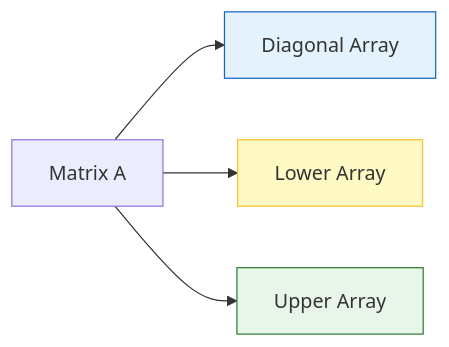
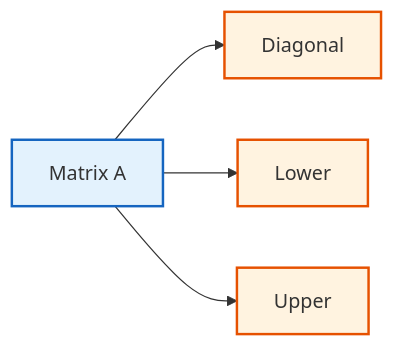
The diagram in MODULE_05_OPENFOAM_PROGRAMMING/CONTENT/06_MATRICES_LINEARALGEBRA/02_Dense_vs_Sparse_Matrices.md (wramet/build-my-cfd), drawn with Mermaid before and after one commit. The commit also changed 313 other files, not shown here.

Commit message:
Revise all diagram

````diff
--- a/MODULE_05_OPENFOAM_PROGRAMMING/CONTENT/06_MATRICES_LINEARALGEBRA/02_Dense_vs_Sparse_Matrices.md
+++ b/MODULE_05_OPENFOAM_PROGRAMMING/CONTENT/06_MATRICES_LINEARALGEBRA/02_Dense_vs_Sparse_Matrices.md
@@ -60,10 +60,10 @@
 ```mermaid
 graph LR
-    M["Matrix A"] --> D["Diagonal Array"]
-    M --> L["Lower Array"]
-    M --> U["Upper Array"]
-
-    style D fill:#e3f2fd,stroke:#1565c0
-    style L fill:#fff9c4,stroke:#fbc02d
-    style U fill:#e8f5e9,stroke:#2e7d32
+%% Classes
+classDef explicit fill:#fff3e0,stroke:#e65100,stroke-width:2px;
+classDef implicit fill:#e3f2fd,stroke:#1565c0,stroke-width:2px;
+%% Nodes
+M[Matrix A]:::implicit --> D[Diagonal]:::explicit
+M --> L[Lower]:::explicit
+M --> U[Upper]:::explicit
 ```
````
